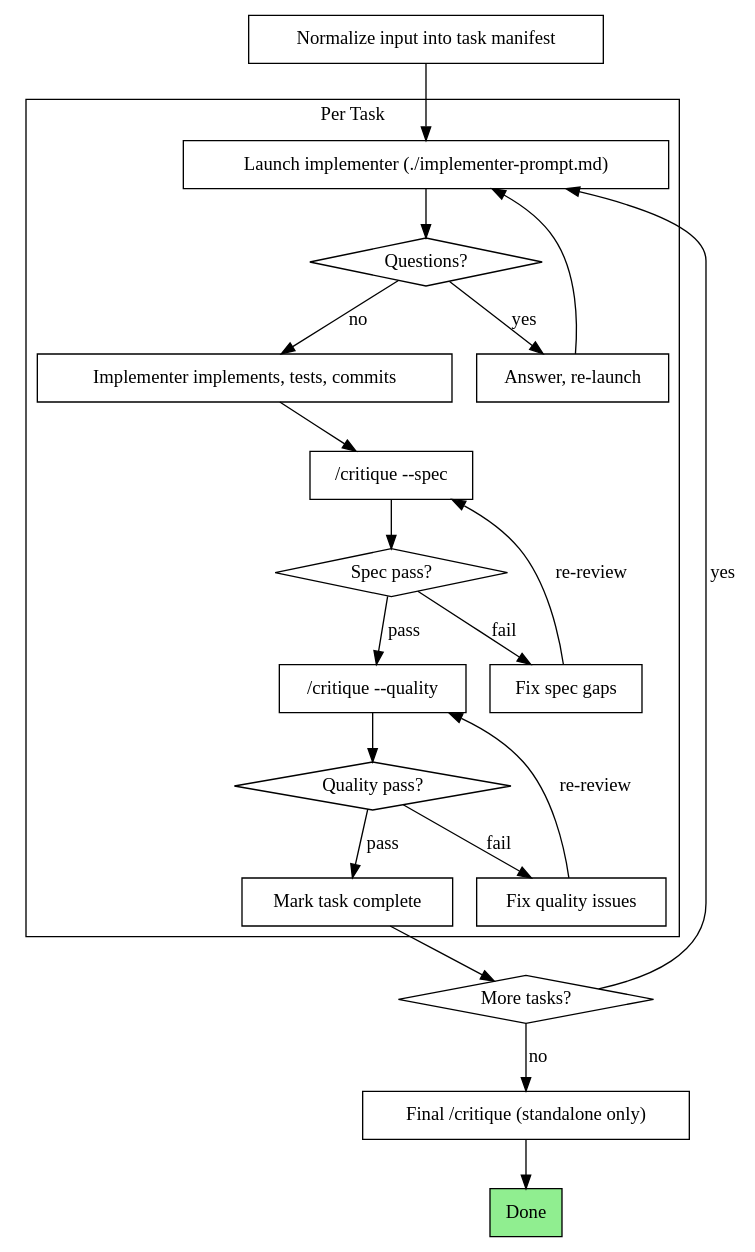
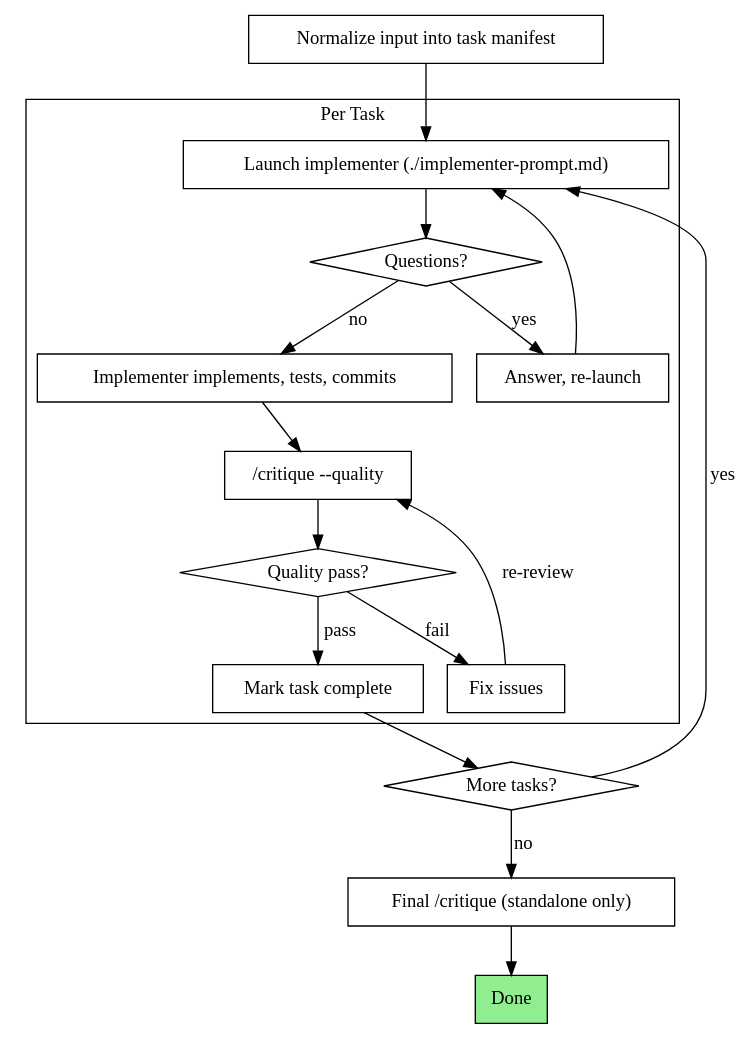
Before and after one commit to qyhfrank/agentic-harness: the diagram in skills/planning/SKILL.md, drawn with Graphviz. The commit also changed other lines of this file and 6 other files, not shown here.

````diff
--- a/skills/planning/SKILL.md
+++ b/skills/planning/SKILL.md
@@ -71,41 +71,34 @@
 ```dot
 digraph process {
     rankdir=TB;
     subgraph cluster_per_task {
         label="Per Task";
         "Launch implementer (./implementer-prompt.md)" [shape=box];
         "Questions?" [shape=diamond];
         "Answer, re-launch" [shape=box];
         "Implementer implements, tests, commits" [shape=box];
-        "/critique --spec" [shape=box];
-        "Spec pass?" [shape=diamond];
-        "Fix spec gaps" [shape=box];
         "/critique --quality" [shape=box];
         "Quality pass?" [shape=diamond];
-        "Fix quality issues" [shape=box];
+        "Fix issues" [shape=box];
         "Mark task complete" [shape=box];
     }
     "Normalize input into task manifest" [shape=box];
     "More tasks?" [shape=diamond];
     "Final /critique (standalone only)" [shape=box];
     "Done" [shape=box style=filled fillcolor=lightgreen];
     "Normalize input into task manifest" -> "Launch implementer (./implementer-prompt.md)";
     "Launch implementer (./implementer-prompt.md)" -> "Questions?";
     "Questions?" -> "Answer, re-launch" [label="yes"];
     "Answer, re-launch" -> "Launch implementer (./implementer-prompt.md)";
     "Questions?" -> "Implementer implements, tests, commits" [label="no"];
-    "Implementer implements, tests, commits" -> "/critique --spec";
-    "/critique --spec" -> "Spec pass?";
-    "Spec pass?" -> "Fix spec gaps" [label="fail"];
-    "Fix spec gaps" -> "/critique --spec" [label="re-review"];
-    "Spec pass?" -> "/critique --quality" [label="pass"];
+    "Implementer implements, tests, commits" -> "/critique --quality";
     "/critique --quality" -> "Quality pass?";
-    "Quality pass?" -> "Fix quality issues" [label="fail"];
-    "Fix quality issues" -> "/critique --quality" [label="re-review"];
+    "Quality pass?" -> "Fix issues" [label="fail"];
+    "Fix issues" -> "/critique --quality" [label="re-review"];
     "Quality pass?" -> "Mark task complete" [label="pass"];
     "Mark task complete" -> "More tasks?";
     "More tasks?" -> "Launch implementer (./implementer-prompt.md)" [label="yes"];
     "More tasks?" -> "Final /critique (standalone only)" [label="no"];
     "Final /critique (standalone only)" -> "Done";
 }
 ```
````
